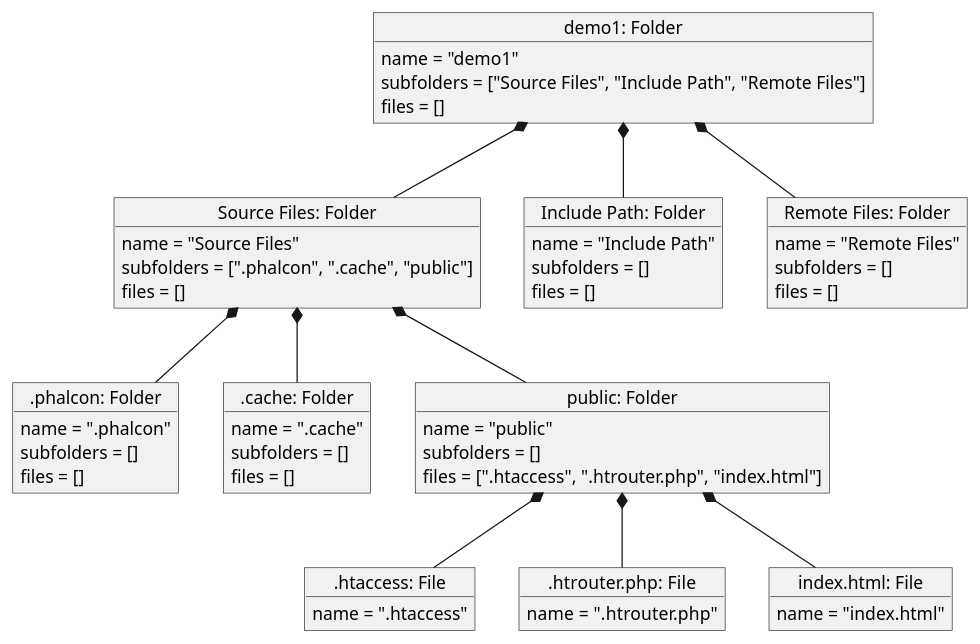
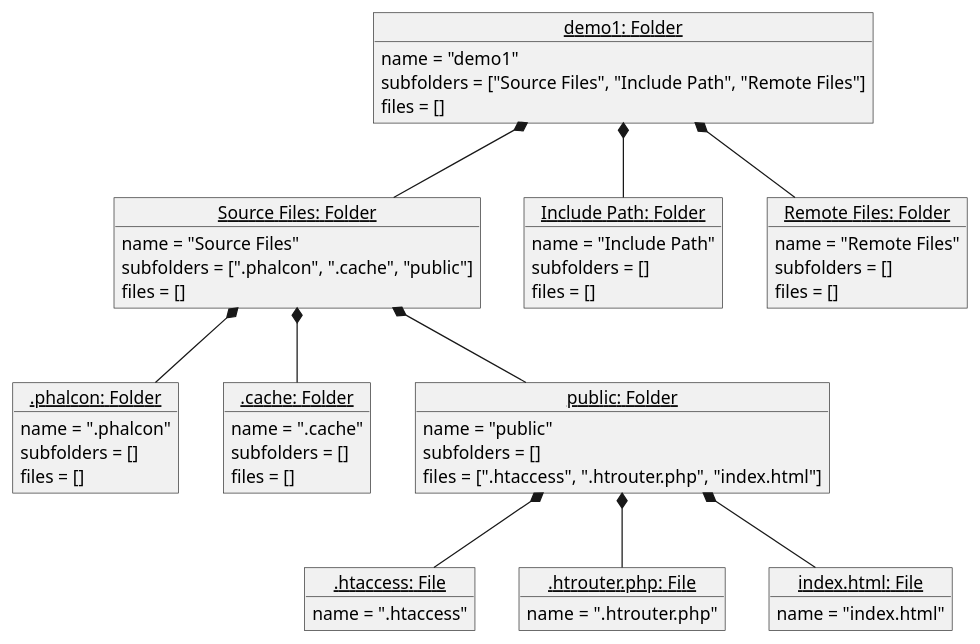
Before and after one commit to KnightinGale9/CS5800-Software-Engineering: the diagram in Assignment3/compositionObjectDiagram.puml, drawn with PlantUML. The commit also changed 2 other files, not shown here.

Commit message:
Assignment 3 Fixed some errors in uml and od

```diff
--- a/Assignment3/compositionObjectDiagram.puml
+++ b/Assignment3/compositionObjectDiagram.puml
@@ -1,78 +1,78 @@
 @startuml
 
-object "demo1: Folder" as demo1
-object "Source Files: Folder" as source
-object "Include Path: Folder" as include_path
-object "Remote Files: Folder" as remote_files
-object ".phalcon: Folder" as phalcon
-object ".cache: Folder" as cache
-object "public: Folder" as public
-object ".htaccess: File" as htaccess
-object ".htrouter.php: File" as htrouter
-object "index.html: File" as index
+object "<u>demo1: Folder</u>" as demo1
+object "<u>Source Files: Folder</u>" as source
+object "<u>Include Path: Folder</u>" as include_path
+object "<u>Remote Files: Folder</u>" as remote_files
+object "<u>.phalcon: Folder</u>" as phalcon
+object "<u>.cache: Folder</u>" as cache
+object "<u>public: Folder</u>" as public
+object "<u>.htaccess: File</u>" as htaccess
+object "<u>.htrouter.php: File</u>" as htrouter
+object "<u>index.html: File</u>" as index
 
 demo1 *-- source
 demo1 *-- include_path
 demo1 *-- remote_files
 source *-- phalcon
 source *-- cache
 source *-- public
 public *-- htaccess
 public *-- htrouter
 public *-- index
 
 object demo1 {
     name = "demo1"
     subfolders = ["Source Files", "Include Path", "Remote Files"]
     files = []
 }
 
 object source {
     name = "Source Files"
     subfolders = [".phalcon", ".cache", "public"]
     files = []
 }
 
 object include_path {
     name = "Include Path"
     subfolders = []
     files = []
 }
 
 object remote_files {
     name = "Remote Files"
     subfolders = []
     files = []
 }
 
 object phalcon {
     name = ".phalcon"
     subfolders = []
     files = []
 }
 
 object cache {
     name = ".cache"
     subfolders = []
     files = []
 }
 
 object public {
     name = "public"
     subfolders = []
     files = [".htaccess", ".htrouter.php", "index.html"]
 }
 
 object htaccess {
     name = ".htaccess"
 }
 
 object htrouter {
     name = ".htrouter.php"
 }
 
 object index {
     name = "index.html"
 }
 
 @enduml
```
